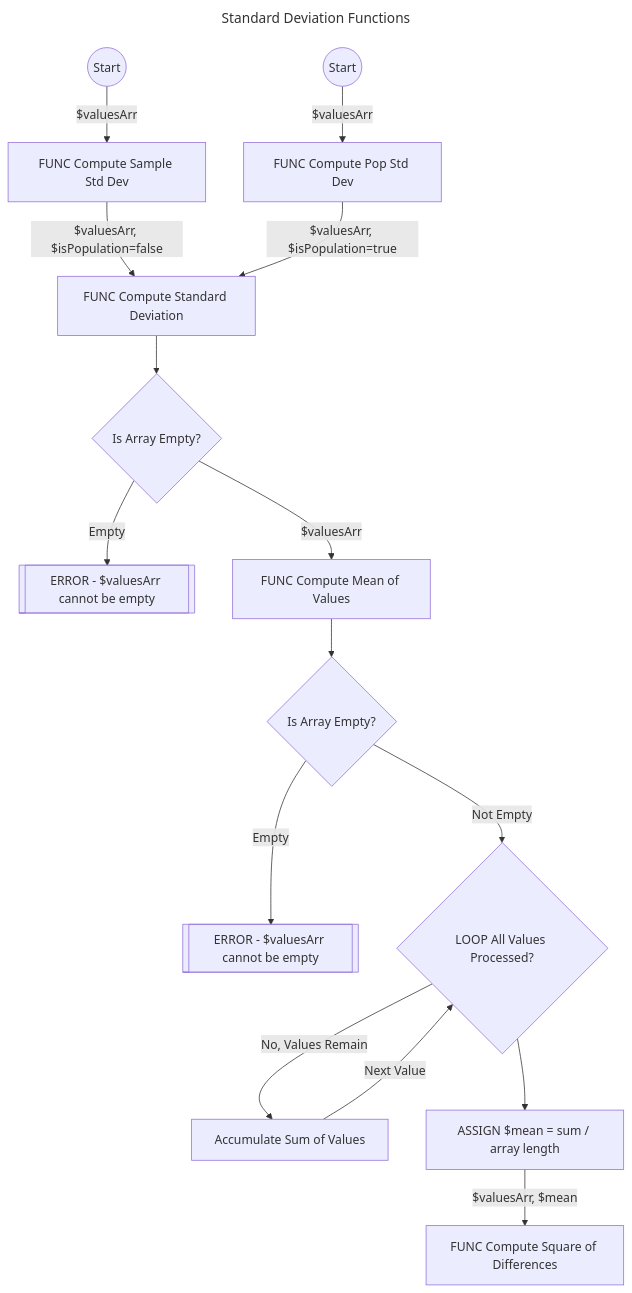
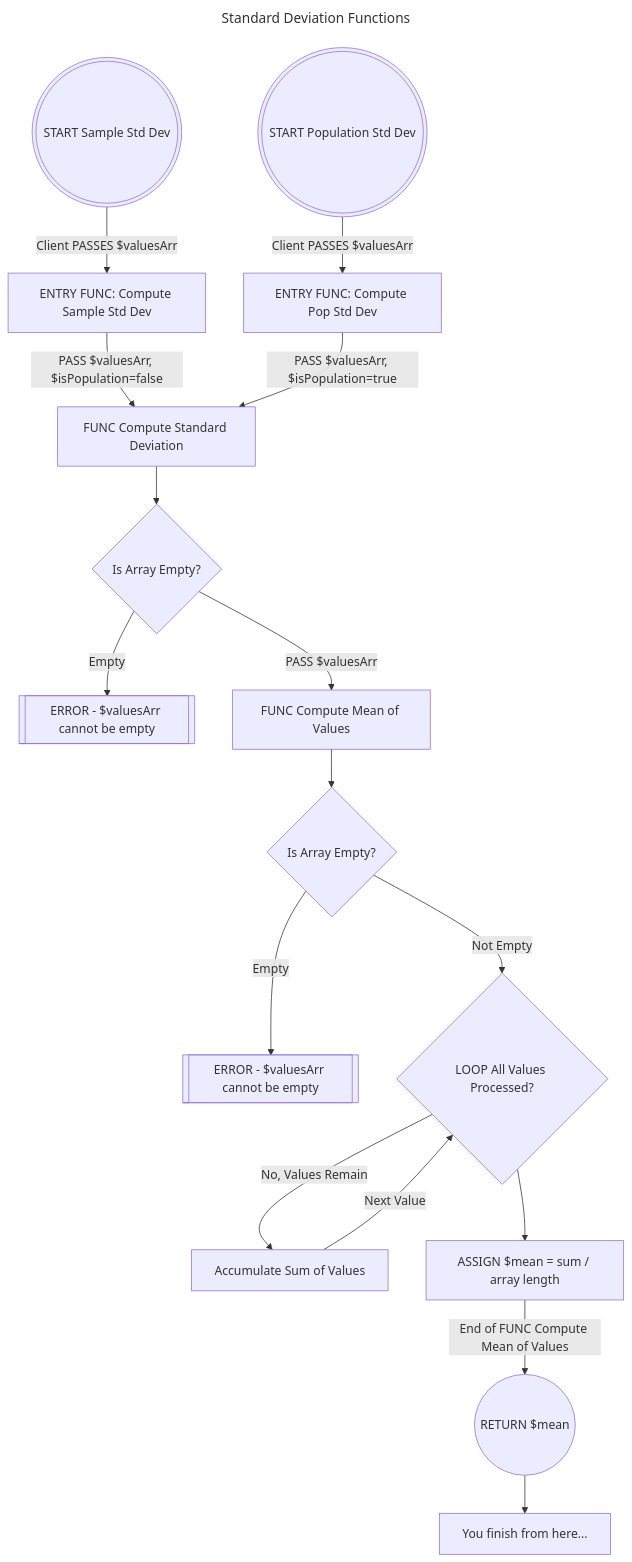
The diagram in homework/homework-2.md (jeff-adkisson/swe-3643-fall-2024), drawn with Mermaid before and after one commit.

Commit message:
Made hint consistent with solution

````diff
--- a/homework/homework-2.md
+++ b/homework/homework-2.md
@@ -55,35 +55,38 @@
 ```mermaid
 ---
 
 title: Standard Deviation Functions
 ---
 flowchart TD
-    startSample((Start)) --> |$valuesArr|computeSampleStdDev
-    computeSampleStdDev[FUNC Compute Sample Std Dev]
-    computeSampleStdDev --> |$valuesArr, $isPopulation=false|computeStdDev
+    startSample(((START Sample Std Dev))) --> |Client PASSES $valuesArr|computeSampleStdDev
+    computeSampleStdDev[ENTRY FUNC: Compute Sample Std Dev]
+    computeSampleStdDev --> |PASS $valuesArr, $isPopulation=false|computeStdDev
     
-    startPop((Start)) --> |$valuesArr|computePopStdDev
-    computePopStdDev[FUNC Compute Pop Std Dev]
-    computePopStdDev --> |$valuesArr, $isPopulation=true|computeStdDev
+    startPop(((START Population Std Dev))) --> |Client PASSES $valuesArr|computePopStdDev
+    computePopStdDev[ENTRY FUNC: Compute Pop Std Dev]
+    computePopStdDev --> |PASS $valuesArr, $isPopulation=true|computeStdDev
 
     stdDevValid{Is Array Empty?}
     computeStdDev --> stdDevValid
     stdDevValid --> |Empty| stdDevError[[ERROR - $valuesArr cannot be empty]]
-    stdDevValid --> |$valuesArr| computeMean
+    stdDevValid --> |PASS $valuesArr| computeMean
 
     computeStdDev[FUNC Compute Standard Deviation]
 
     computeMean[FUNC Compute Mean of Values]
     computeMeanValid{Is Array Empty?}
     computeMean --> computeMeanValid
     computeMeanValid --> |Empty| computeMeanError[[ERROR - $valuesArr cannot be empty]]
     computeMeanValid --> |Not Empty| meanLoop[Accumulate Sum of Values]
     meanLoop{LOOP All Values Processed?}
     meanLoop --> |No, Values Remain|meanAccumulator[Accumulate Sum of Values]
     meanAccumulator --> |Next Value|meanLoop
-    meanLoop --> computeMeanComplete[ASSIGN $mean = sum / array length]
+    meanLoop --> computeMeanAssign[ASSIGN $mean = sum / array length]
 
-    computeMeanComplete --> |$valuesArr, $mean|computeSquareDiff
-    computeSquareDiff[FUNC Compute Square of Differences]
-  
+    computeMeanReturn((RETURN $mean))
+    computeMeanAssign --> |End of FUNC Compute Mean of Values| computeMeanReturn
+ 
+    computeMeanReturn --> youFinish
+    youFinish[You finish from here...]
+
 ```
````
